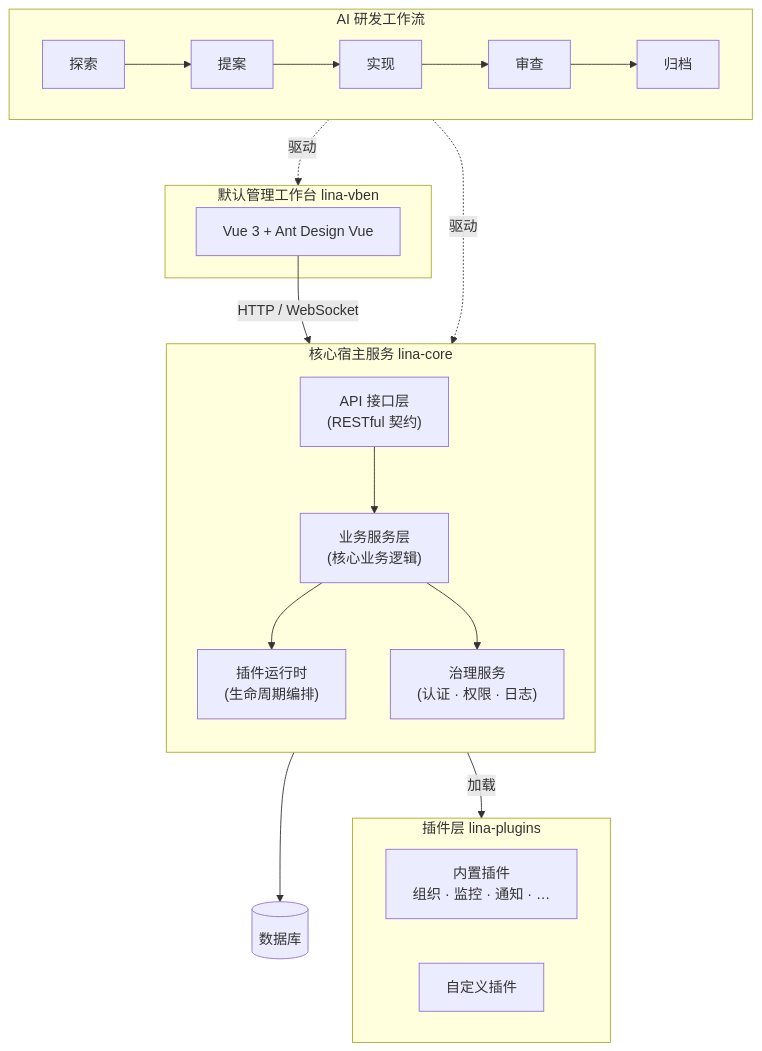
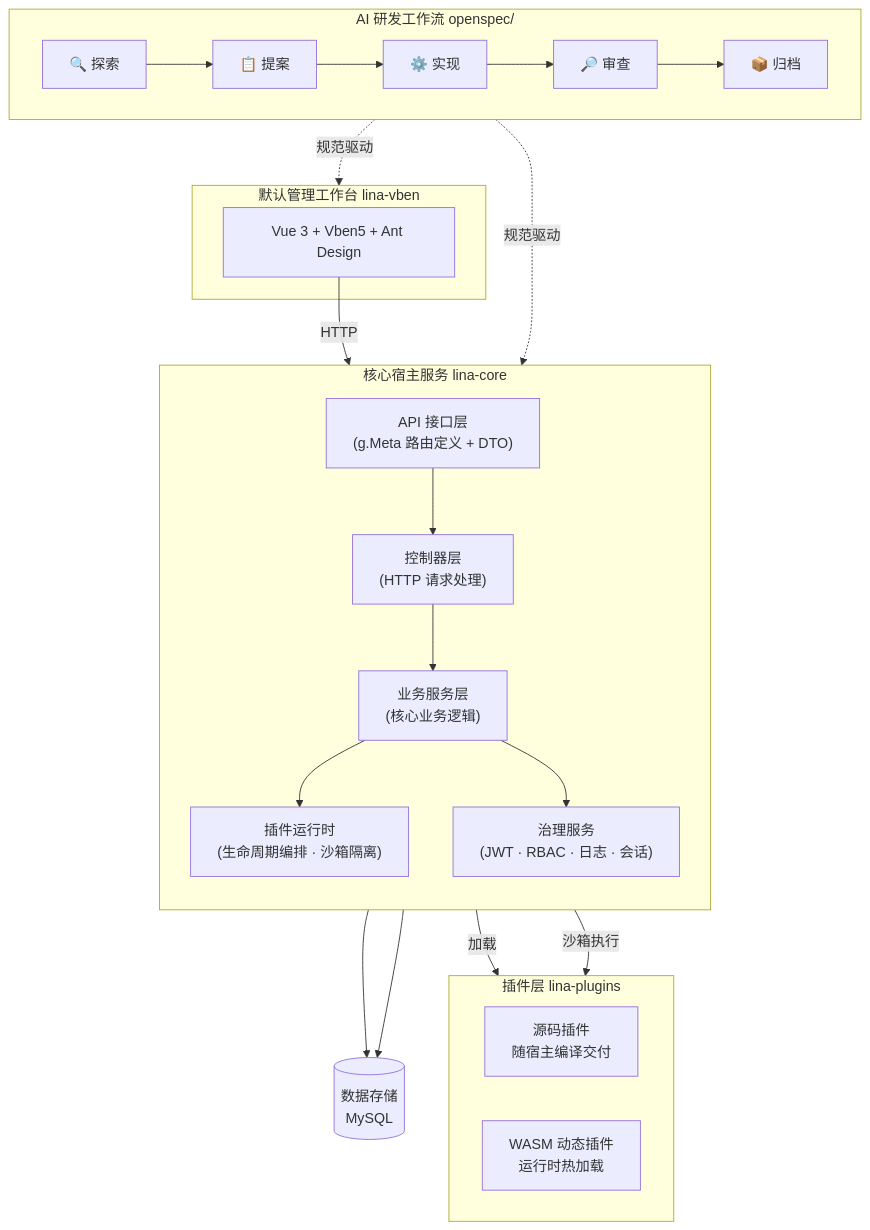
The diagram in README.zh_CN.md (linaproai/linapro), drawn with Mermaid before and after one commit. The commit also changed other lines of this file and 1 other file, not shown here.

````diff
--- a/README.zh_CN.md
+++ b/README.zh_CN.md
@@ -92,36 +35,39 @@
 ```mermaid
 graph TB
-    subgraph Workflow["AI 研发工作流"]
+    subgraph Workflow["AI 研发工作流  openspec/"]
         direction LR
-        Explore["探索"] --> Propose["提案"] --> Implement["实现"] --> Review["审查"] --> Archive["归档"]
+        Explore["🔍 探索"] --> Propose["📋 提案"] --> Implement["⚙️ 实现"] --> Review["🔎 审查"] --> Archive["📦 归档"]
     end
 
     subgraph Frontend["默认管理工作台  lina-vben"]
-        UI["Vue 3 + Ant Design Vue"]
+        UI["Vue 3 + Vben5 + Ant Design"]
     end
 
     subgraph Host["核心宿主服务  lina-core"]
         direction TB
-        API["API 接口层<br/>(RESTful 契约)"]
-        Svc["业务服务层<br/>(核心业务逻辑)"]
-        Plugin["插件运行时<br/>(生命周期编排)"]
-        Gov["治理服务<br/>(认证 · 权限 · 日志)"]
-        API --> Svc
+        API["API 接口层\n(g.Meta 路由定义 + DTO)"]
+        Ctrl["控制器层\n(HTTP 请求处理)"]
+        Svc["业务服务层\n(核心业务逻辑)"]
+        Plugin["插件运行时\n(生命周期编排 · 沙箱隔离)"]
+        Gov["治理服务\n(JWT · RBAC · 日志 · 会话)"]
+        API --> Ctrl --> Svc
         Svc --> Plugin
         Svc --> Gov
     end
 
     subgraph Plugins["插件层  lina-plugins"]
         direction LR
-        Builtin["内置插件<br/>组织 · 监控 · 通知 · …"]
-        Custom["自定义插件"]
+        Source["源码插件\n随宿主编译交付"]
+        Dynamic["WASM 动态插件\n运行时热加载"]
     end
 
-    DB[("数据库")]
+    DB[("数据存储\nMySQL")]
 
-    Workflow -.->|驱动| Frontend
-    Workflow -.->|驱动| Host
-    UI -->|HTTP / WebSocket| API
-    Plugin -->|加载| Plugins
+    Workflow -.->|规范驱动| Frontend
+    Workflow -.->|规范驱动| Host
+    UI -->|HTTP| API
+    Plugin -->|加载| Source
+    Plugin -->|沙箱执行| Dynamic
     Svc --> DB
+    Gov --> DB
 ```
````
